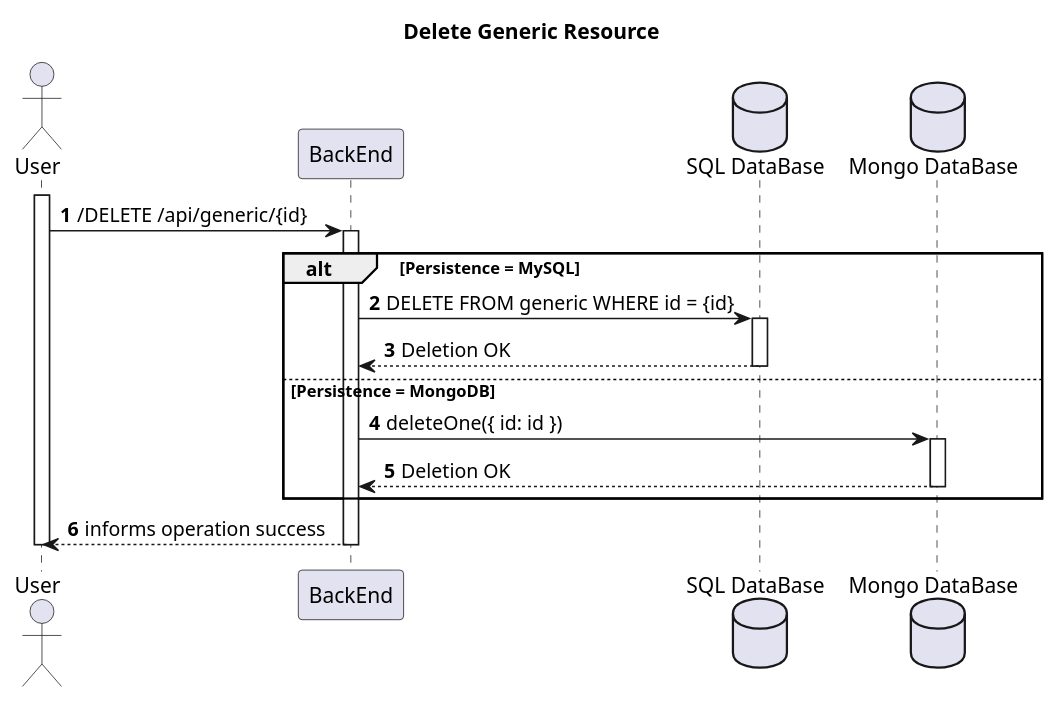
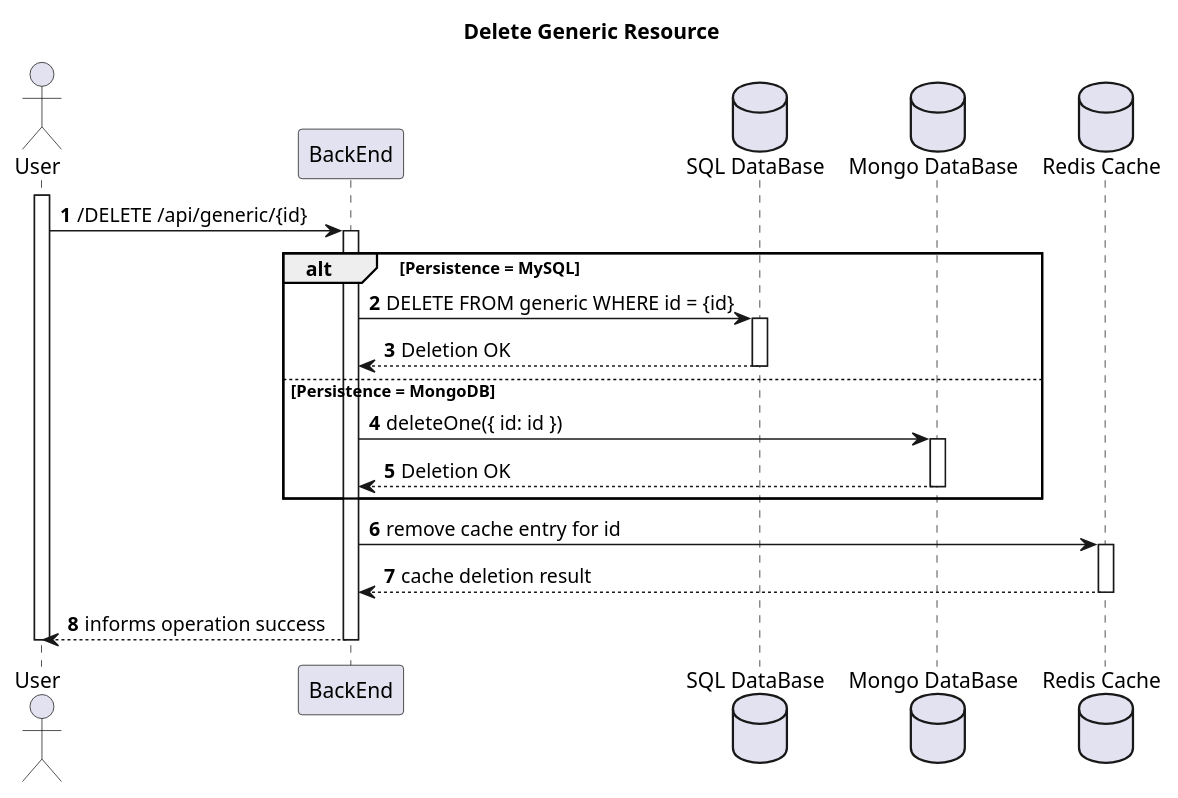
One commit to rutemf/1220944_1220772_G01 changed the diagram in Docs/System-To-Be/level2/genericSequenceDiagrams/delete_sd.puml. Above: the diagram before and after it, drawn with PlantUML. The commit also changed 7 other files, not shown here.

```diff
--- a/Docs/System-To-Be/level2/genericSequenceDiagrams/delete_sd.puml
+++ b/Docs/System-To-Be/level2/genericSequenceDiagrams/delete_sd.puml
@@ -1,40 +1,47 @@
 @startuml
 
 autonumber
 
 title Delete Generic Resource
 
 actor "User" as USER
 participant "BackEnd" as System
 database "SQL DataBase" as MYSQL
 database "Mongo DataBase" as MONGO
+database "Redis Cache" as REDIS
 
 activate USER
 
     USER -> System: /DELETE /api/generic/{id}
     activate System
 
         alt Persistence = MySQL
 
             System -> MYSQL: DELETE FROM generic WHERE id = {id}
             activate MYSQL
 
                 MYSQL --> System: Deletion OK
             deactivate MYSQL
 
         else Persistence = MongoDB
 
             System -> MONGO: deleteOne({ id: id })
             activate MONGO
 
                 MONGO --> System: Deletion OK
             deactivate MONGO
 
         end
 
+        System -> REDIS: remove cache entry for id
+        activate REDIS
+
+            REDIS --> System: cache deletion result
+        deactivate REDIS
+
         System --> USER: informs operation success
     deactivate System
 
 deactivate USER
 
 @enduml
```
